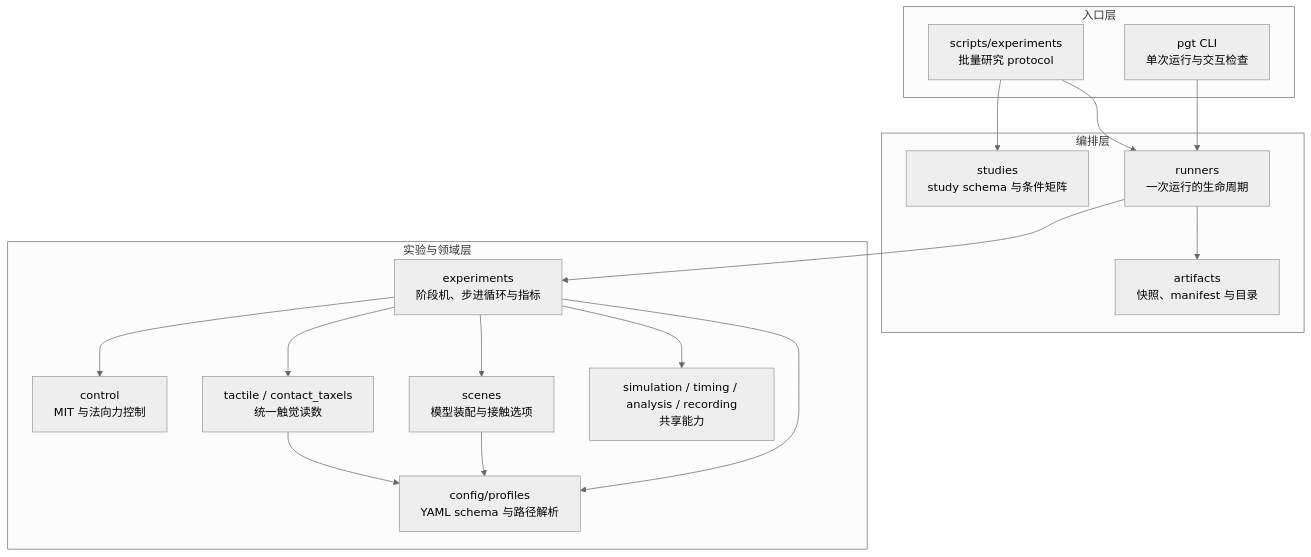
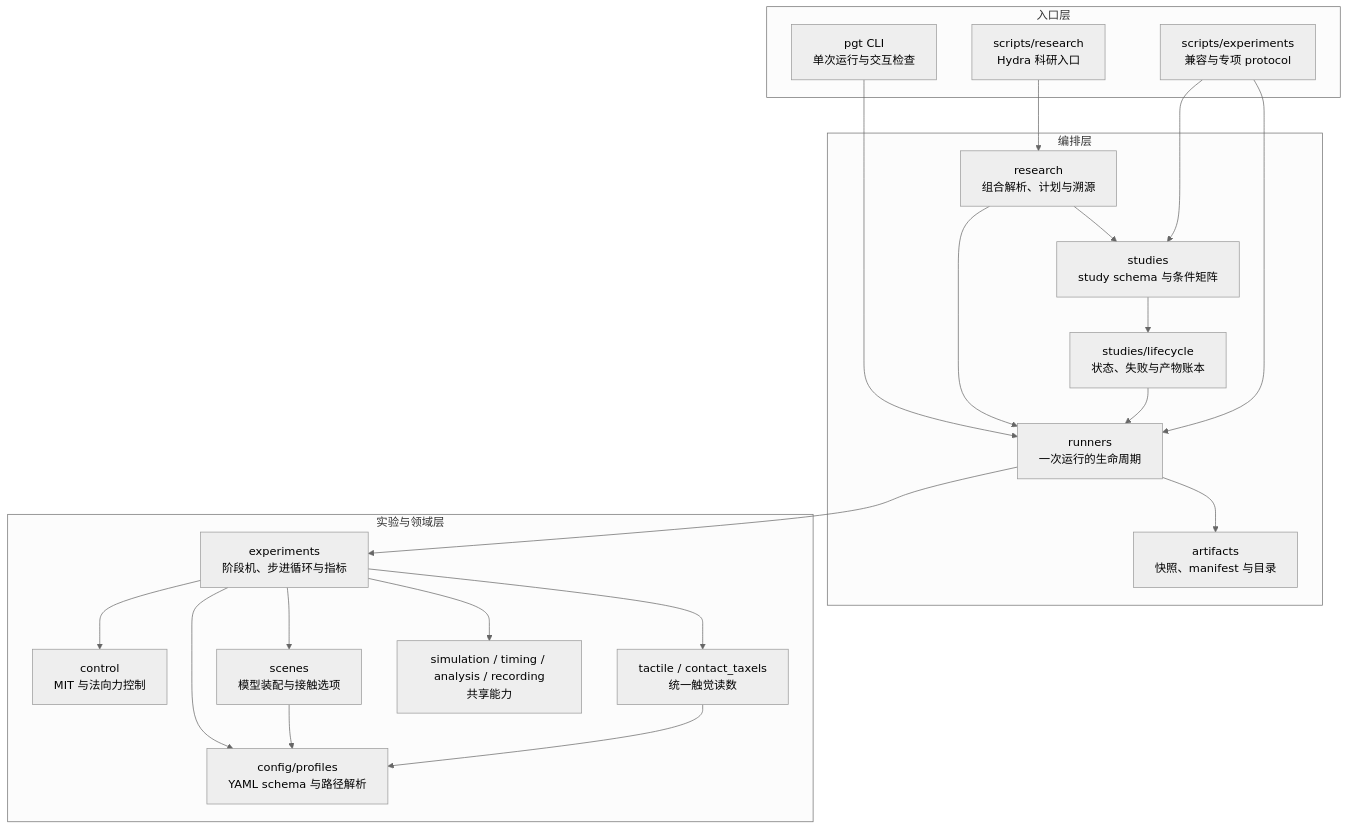
One commit to langxin11/parallel_gripper_tactile changed the first of 2 diagrams in docs/architecture.md. Above: the diagram before and after it, drawn with Mermaid (neutral theme). The commit also changed other lines of this file and 79 other files, not shown here.

````diff
--- a/docs/architecture.md
+++ b/docs/architecture.md
@@ -6,35 +7,43 @@
 ```mermaid
 flowchart TB
   subgraph Entry[入口层]
     CLI["pgt CLI<br/>单次运行与交互检查"]
-    Scripts["scripts/experiments<br/>批量研究 protocol"]
+    Research["scripts/research<br/>Hydra 科研入口"]
+    Scripts["scripts/experiments<br/>兼容与专项 protocol"]
   end
 
   subgraph Orchestration[编排层]
+    Resolve["research<br/>组合解析、计划与溯源"]
     Study["studies<br/>study schema 与条件矩阵"]
+    Lifecycle["studies/lifecycle<br/>状态、失败与产物账本"]
     Runner["runners<br/>一次运行的生命周期"]
     Artifacts["artifacts<br/>快照、manifest 与目录"]
   end
 
   subgraph Domain[实验与领域层]
     Experiments["experiments<br/>阶段机、步进循环与指标"]
     Control["control<br/>MIT 与法向力控制"]
     Tactile["tactile / contact_taxels<br/>统一触觉读数"]
     Scenes["scenes<br/>模型装配与接触选项"]
     Profiles["config/profiles<br/>YAML schema 与路径解析"]
     Shared["simulation / timing / analysis / recording<br/>共享能力"]
   end
 
   CLI --> Runner
+  Research --> Resolve
+  Resolve --> Runner
+  Resolve --> Study
+  Study --> Lifecycle
+  Lifecycle --> Runner
   Scripts --> Study
   Scripts --> Runner
   Runner --> Artifacts
   Runner --> Experiments
   Experiments --> Control
   Experiments --> Tactile
   Experiments --> Scenes
   Experiments --> Profiles
   Experiments --> Shared
   Scenes --> Profiles
   Tactile --> Profiles
 ```
````
